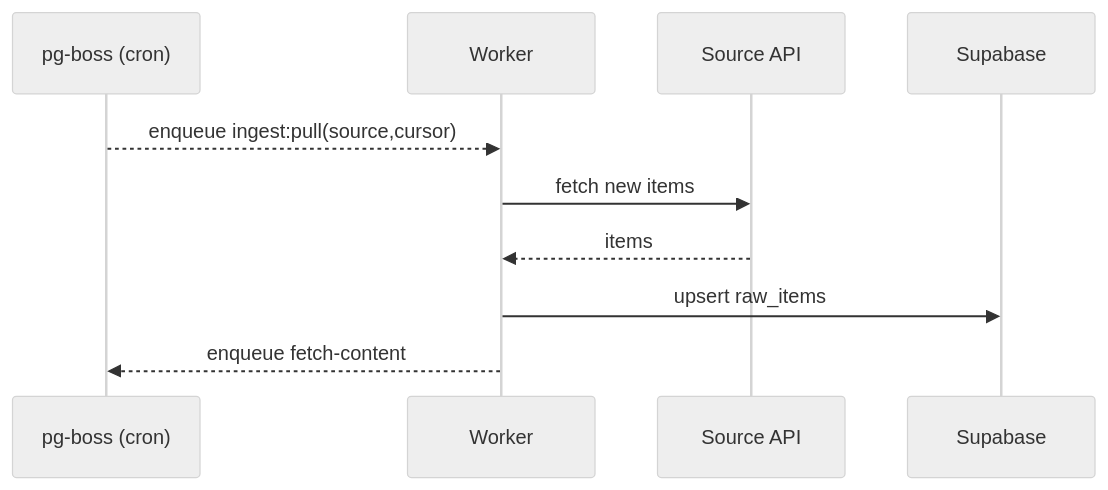
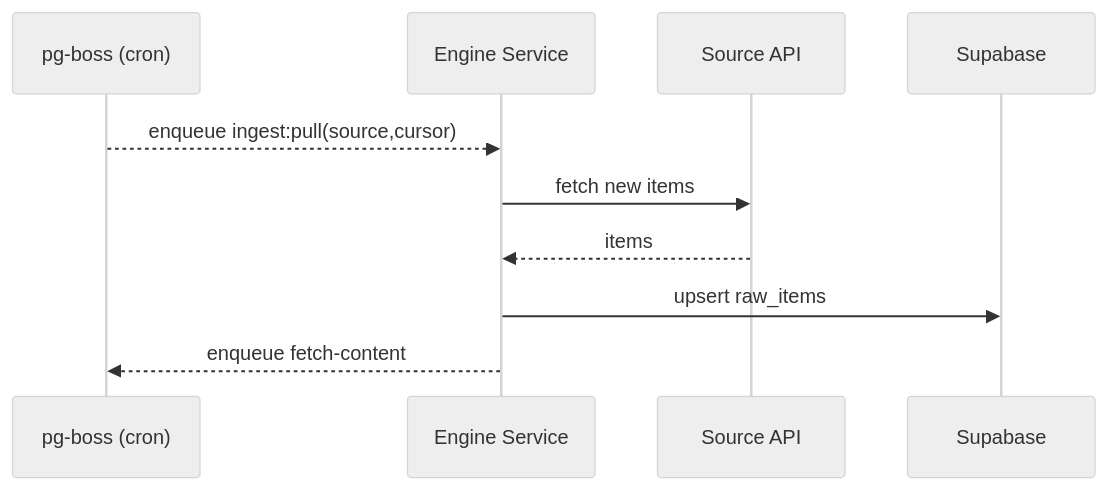
The ninth of 16 diagrams in docs/plans/done/pipeline-diagrams.md (ParkerRex/zeke), drawn with Mermaid (neutral theme) before and after one commit. The commit also changed other lines of this file and 409 other files, not shown here.

````diff
--- a/docs/plans/done/pipeline-diagrams.md
+++ b/docs/plans/done/pipeline-diagrams.md
@@ -225,12 +225,12 @@
 ```mermaid
 sequenceDiagram
   participant Boss as pg-boss (cron)
-  participant Work as Worker
+  participant Engine as Engine Service
   participant API as Source API
   participant DB as Supabase
-  Boss-->>Work: enqueue ingest:pull(source,cursor)
-  Work->>API: fetch new items
-  API-->>Work: items
-  Work->>DB: upsert raw_items
-  Work-->>Boss: enqueue fetch-content
+  Boss-->>Engine: enqueue ingest:pull(source,cursor)
+  Engine->>API: fetch new items
+  API-->>Engine: items
+  Engine->>DB: upsert raw_items
+  Engine-->>Boss: enqueue fetch-content
 ```
````
